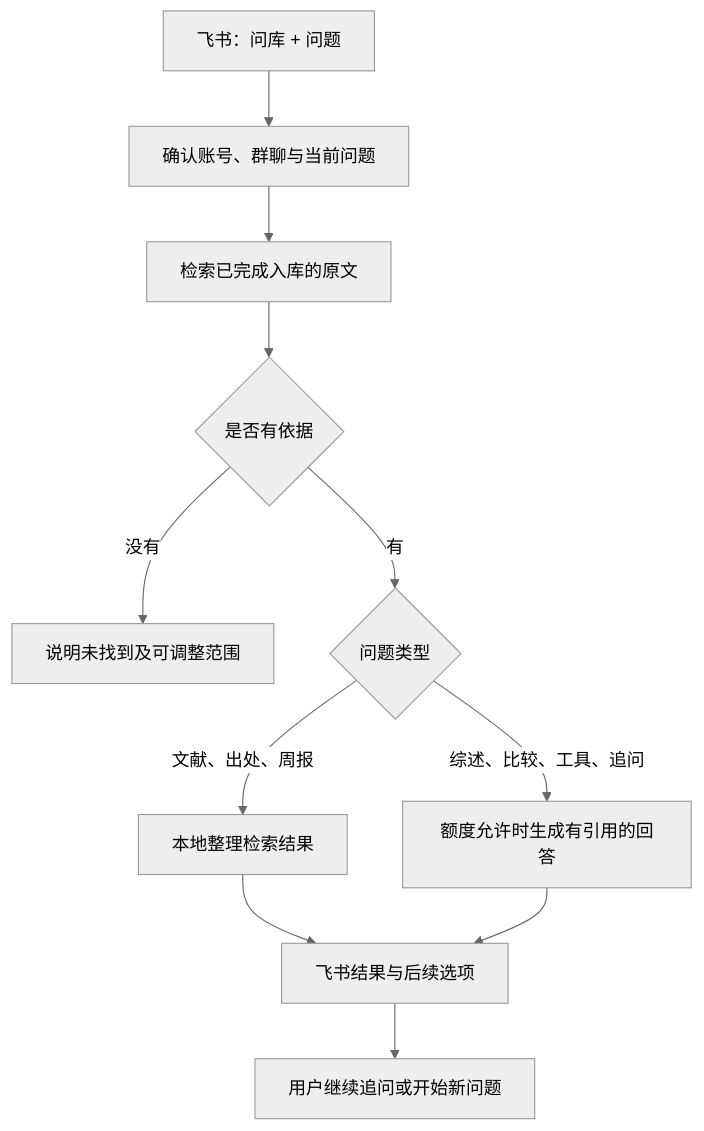
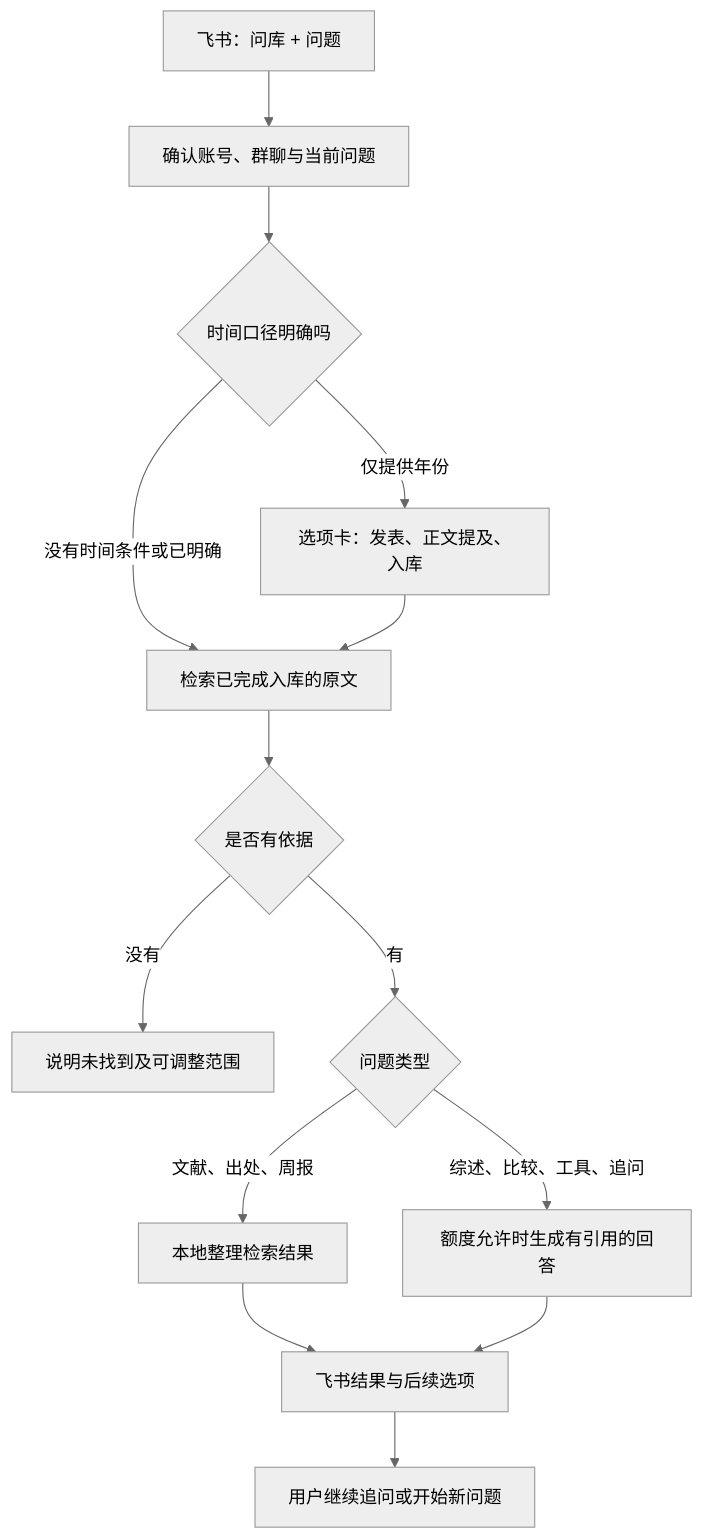
One commit to Cdada/feishu-reading-kb changed the diagram in docs/knowledge-qa.md. Above: the diagram before and after it, drawn with Mermaid (neutral theme). The commit also changed other lines of this file and 14 other files, not shown here.

````diff
--- a/docs/knowledge-qa.md
+++ b/docs/knowledge-qa.md
@@ -5,13 +5,16 @@
 ```mermaid
 flowchart TD
     A[飞书：问库 + 问题] --> B[确认账号、群聊与当前问题]
-    B --> C[检索已完成入库的原文]
+    B --> T{时间口径明确吗}
+    T -->|没有时间条件或已明确| C[检索已完成入库的原文]
+    T -->|仅提供年份| U[选项卡：发表、正文提及、入库]
+    U --> C
     C --> D{是否有依据}
     D -->|没有| E[说明未找到及可调整范围]
     D -->|有| F{问题类型}
     F -->|文献、出处、周报| G[本地整理检索结果]
     F -->|综述、比较、工具、追问| H[额度允许时生成有引用的回答]
     G --> I[飞书结果与后续选项]
     H --> I
     I --> J[用户继续追问或开始新问题]
 ```
````
